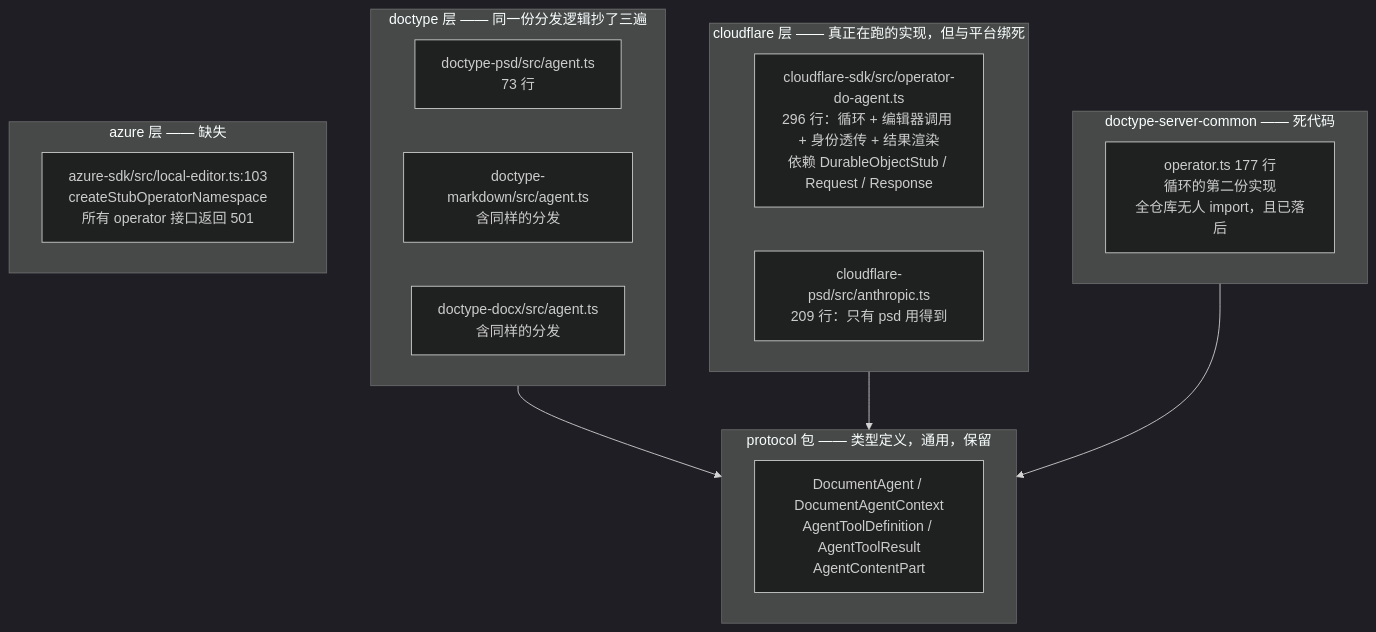
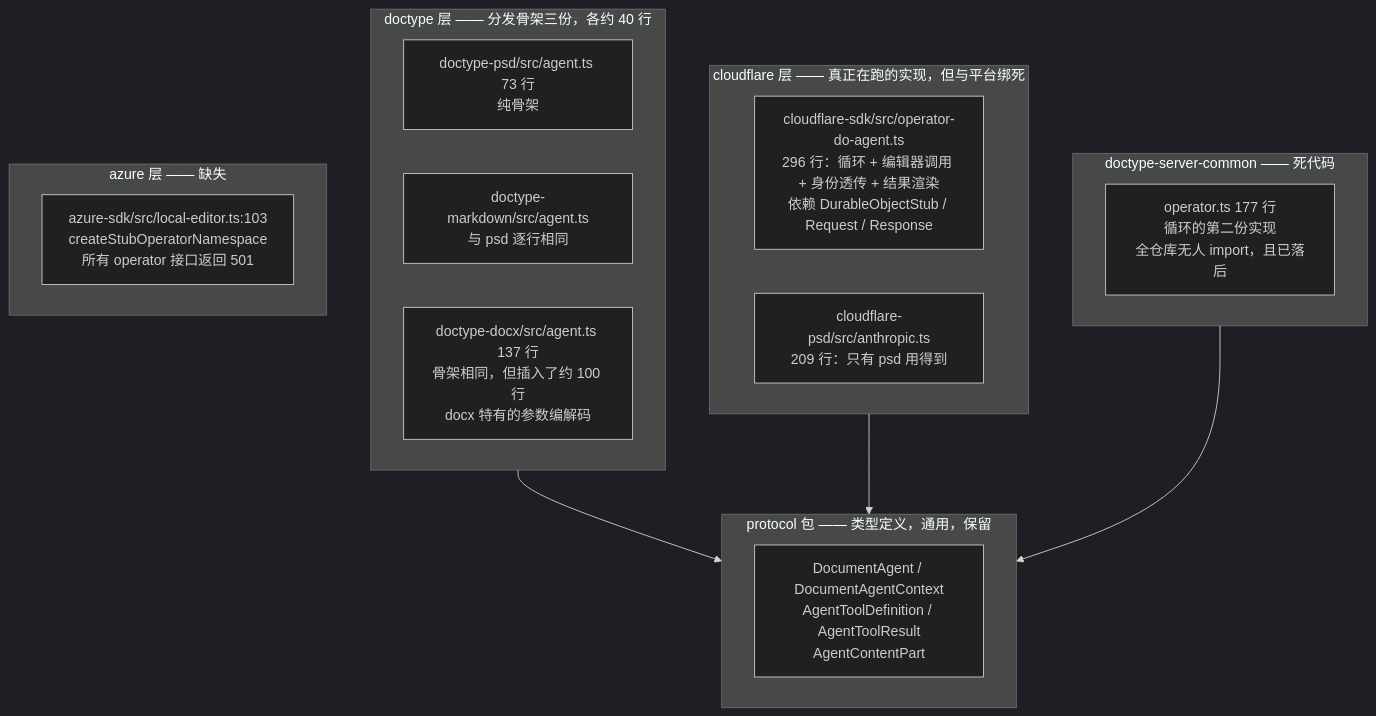
The first of 11 diagrams in docs/superpowers/specs/2026-08-26-agent-sdk-design.md (shazhou-ww/unidocs), drawn with Mermaid (dark theme) before and after one commit. The commit also changed other lines of this file, not shown here.

First line of the commit message:
docs(agent-sdk): 更正动机陈述,补 docx 参数转换这一漏掉的约束

````diff
--- a/docs/superpowers/specs/2026-08-26-agent-sdk-design.md
+++ b/docs/superpowers/specs/2026-08-26-agent-sdk-design.md
@@ -37,29 +53,29 @@
 ```mermaid
 flowchart TB
     subgraph proto["protocol 包 —— 类型定义，通用，保留"]
         T["DocumentAgent / DocumentAgentContext<br/>AgentToolDefinition / AgentToolResult<br/>AgentContentPart"]
     end
 
-    subgraph dt["doctype 层 —— 同一份分发逻辑抄了三遍"]
-        PSD["doctype-psd/src/agent.ts<br/>73 行"]
-        MD["doctype-markdown/src/agent.ts<br/>含同样的分发"]
-        DOCX["doctype-docx/src/agent.ts<br/>含同样的分发"]
+    subgraph dt["doctype 层 —— 分发骨架三份，各约 40 行"]
+        PSD["doctype-psd/src/agent.ts 73 行<br/>纯骨架"]
+        MD["doctype-markdown/src/agent.ts<br/>与 psd 逐行相同"]
+        DOCX["doctype-docx/src/agent.ts 137 行<br/>骨架相同，但插入了约 100 行<br/>docx 特有的参数编解码"]
     end
 
     subgraph cf["cloudflare 层 —— 真正在跑的实现，但与平台绑死"]
         ODA["cloudflare-sdk/src/operator-do-agent.ts<br/>296 行：循环 + 编辑器调用 + 身份透传 + 结果渲染<br/>依赖 DurableObjectStub / Request / Response"]
         ANT["cloudflare-psd/src/anthropic.ts<br/>209 行：只有 psd 用得到"]
     end
 
     subgraph dsc["doctype-server-common —— 死代码"]
         OP["operator.ts 177 行<br/>循环的第二份实现<br/>全仓库无人 import，且已落后"]
     end
 
     subgraph az["azure 层 —— 缺失"]
         STUB["azure-sdk/src/local-editor.ts:103<br/>createStubOperatorNamespace<br/>所有 operator 接口返回 501"]
     end
 
     dt --> proto
     cf --> proto
     dsc --> proto
 ```
````
